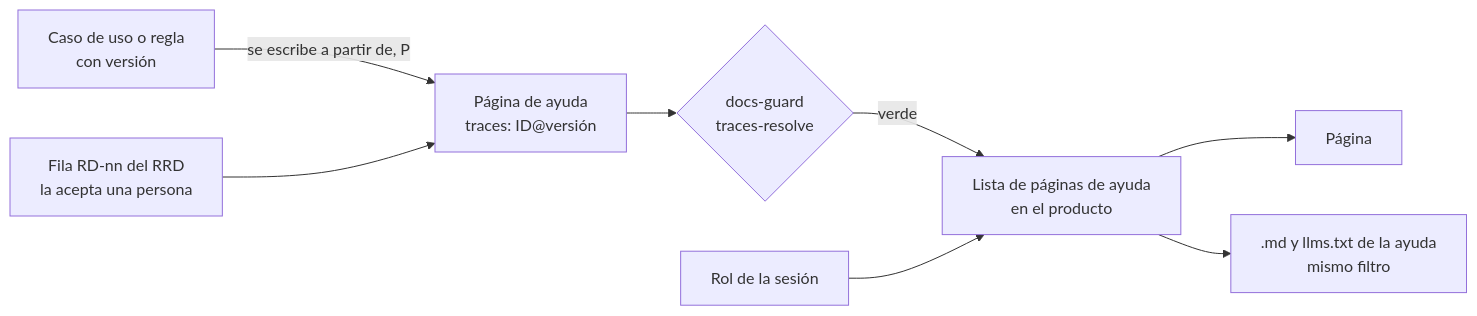
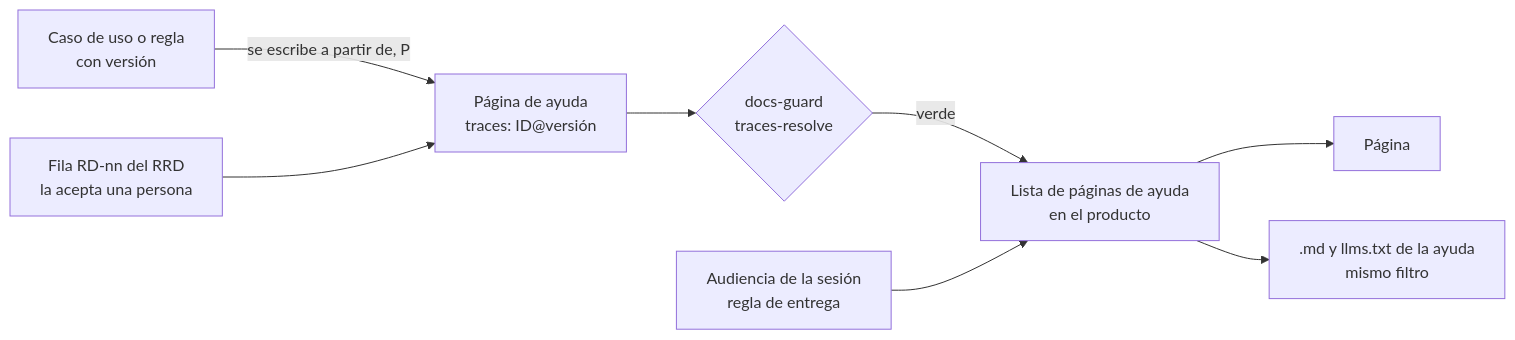
One commit to hdcm-dev/Lab-Documentos changed the diagram in Guides/Documentacion-Tecnica/Sistema-De-Documentacion-E-Integracion/TEM-05-Ayuda-Al-Usuario-Final.md. Above: the diagram before and after it, drawn with Mermaid. The commit also changed other lines of this file and 1 other file, not shown here.

First line of the commit message:
SDEI: TEM-05 completa C-07 con la regla de entrega (resolución 399, paso 3)

````diff
--- a/Guides/Documentacion-Tecnica/Sistema-De-Documentacion-E-Integracion/TEM-05-Ayuda-Al-Usuario-Final.md
+++ b/Guides/Documentacion-Tecnica/Sistema-De-Documentacion-E-Integracion/TEM-05-Ayuda-Al-Usuario-Final.md
@@ -66,10 +67,10 @@
 ```mermaid
 flowchart LR
   CU["Caso de uso o regla<br/>con versión"] -->|"se escribe a partir de, P"| AY["Página de ayuda<br/>traces: ID@versión"]
   RD["Fila RD-nn del RRD<br/>la acepta una persona"] --> AY
   AY --> G{"docs-guard<br/>traces-resolve"}
   G -->|"verde"| CAT["Lista de páginas de ayuda<br/>en el producto"]
-  SES["Rol de la sesión"] --> CAT
+  SES["Audiencia de la sesión<br/>regla de entrega"] --> CAT
   CAT --> P["Página"]
   CAT --> MD[".md y llms.txt de la ayuda<br/>mismo filtro"]
 ```
````
